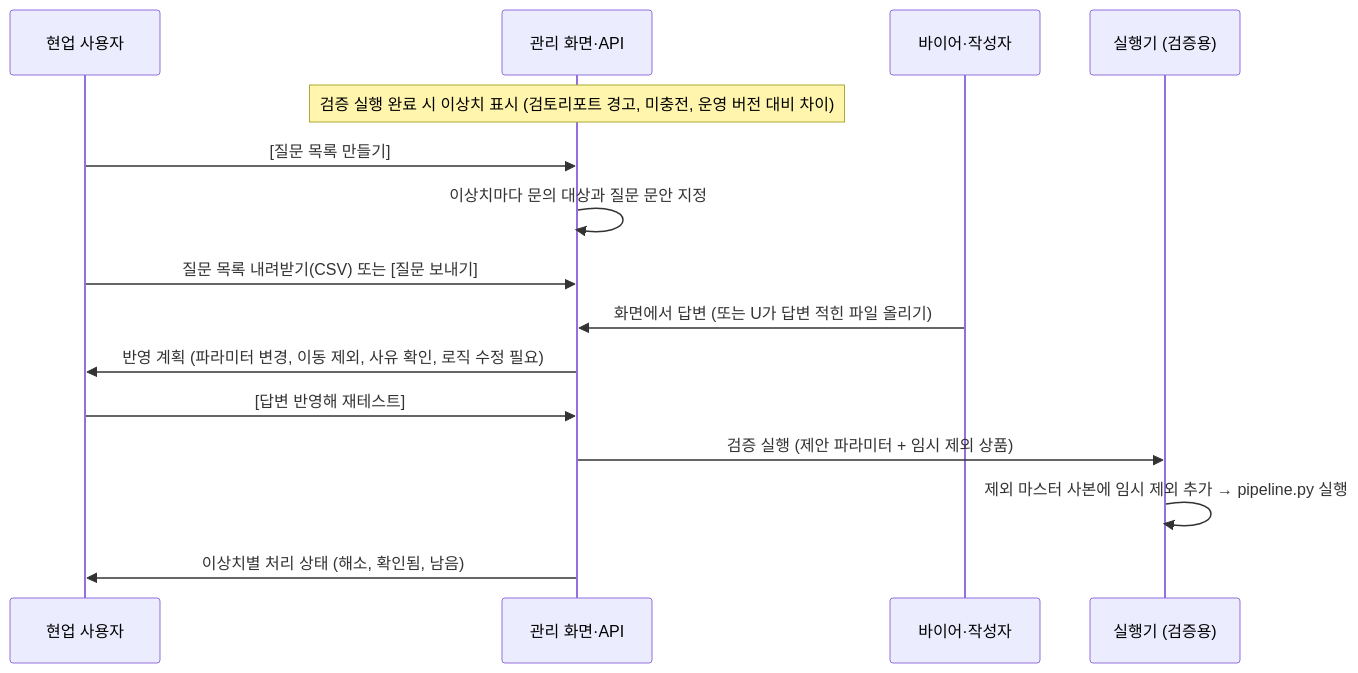
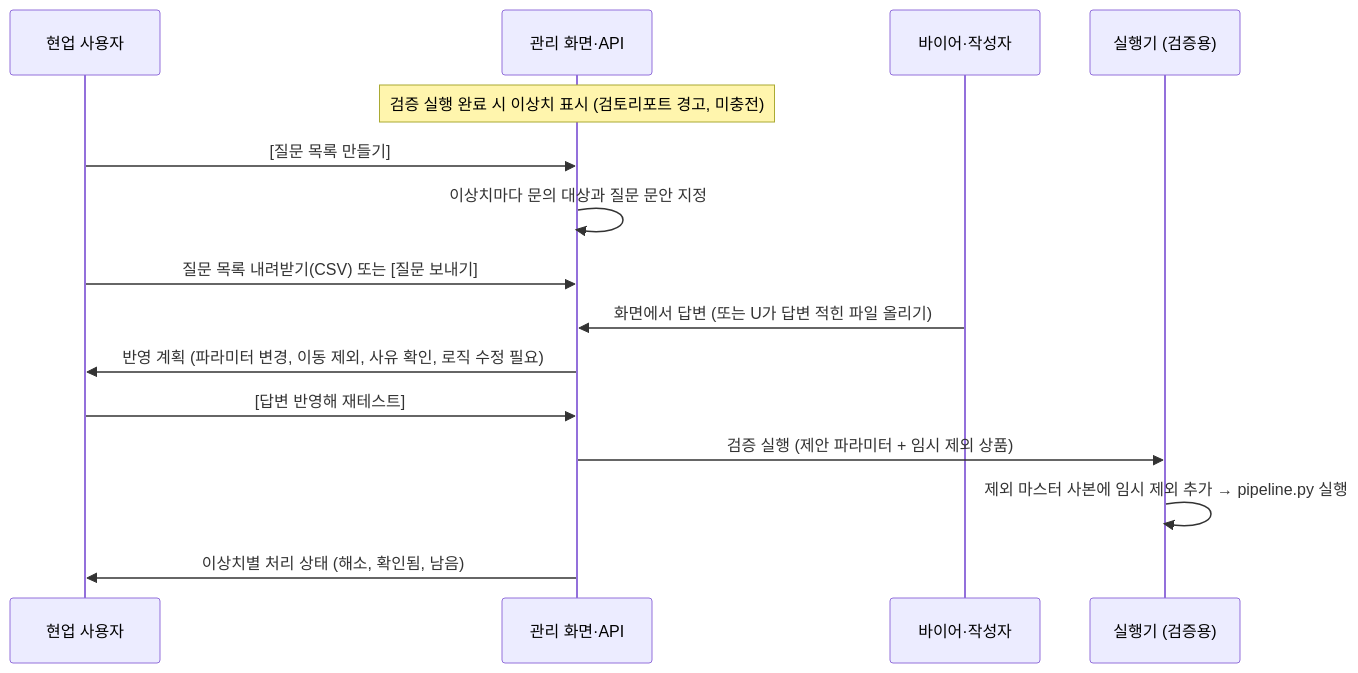
The fourth of 5 diagrams in artifacts/system_design_allocation-poc.md (jwryuin1u/public_city), drawn with Mermaid before and after one commit. The commit also changed 13 other files, not shown here.

````diff
--- a/artifacts/system_design_allocation-poc.md
+++ b/artifacts/system_design_allocation-poc.md
@@ -139,18 +139,18 @@
 ```mermaid
 sequenceDiagram
     participant U as 현업 사용자
     participant API as 관리 화면·API
     participant B as 바이어·작성자
     participant RUN as 실행기 (검증용)
 
-    Note over API: 검증 실행 완료 시 이상치 표시 (검토리포트 경고, 미충전, 운영 버전 대비 차이)
+    Note over API: 검증 실행 완료 시 이상치 표시 (검토리포트 경고, 미충전)
     U->>API: [질문 목록 만들기]
     API->>API: 이상치마다 문의 대상과 질문 문안 지정
     U->>API: 질문 목록 내려받기(CSV) 또는 [질문 보내기]
     B->>API: 화면에서 답변 (또는 U가 답변 적힌 파일 올리기)
     API->>U: 반영 계획 (파라미터 변경, 이동 제외, 사유 확인, 로직 수정 필요)
     U->>API: [답변 반영해 재테스트]
     API->>RUN: 검증 실행 (제안 파라미터 + 임시 제외 상품)
     RUN->>RUN: 제외 마스터 사본에 임시 제외 추가 → pipeline.py 실행
     API->>U: 이상치별 처리 상태 (해소, 확인됨, 남음)
 ```
````
